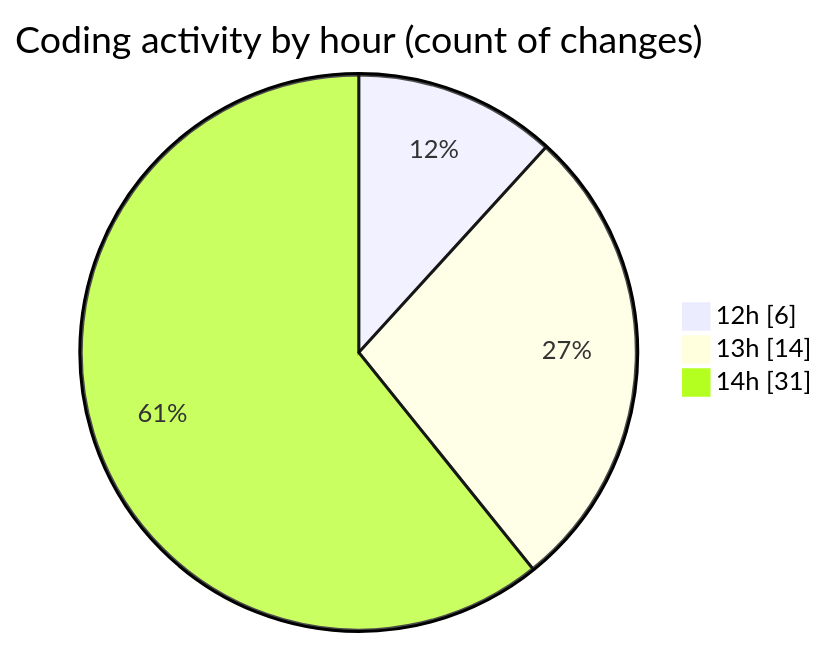
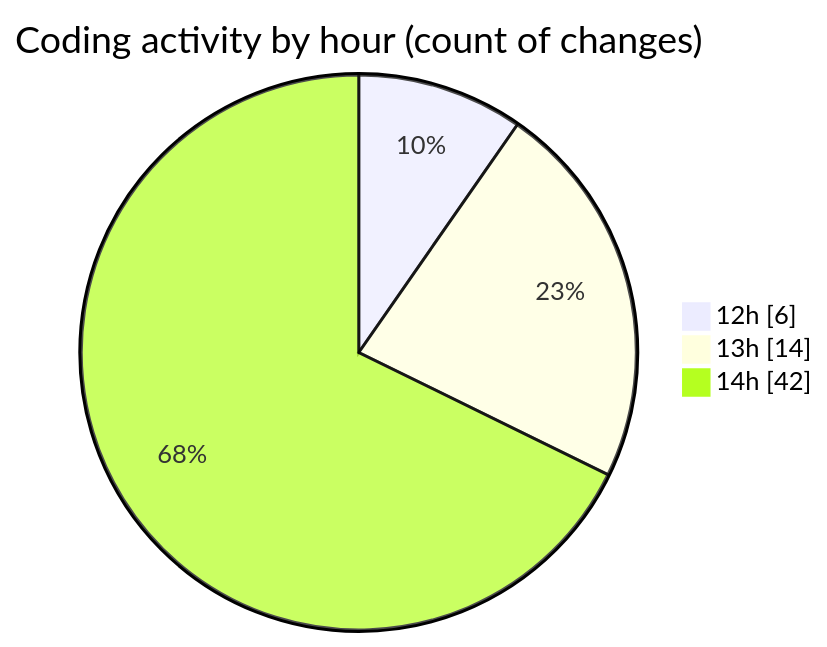
Before and after one commit to momahboobian/code-tracking: the second of 2 diagrams in 2025-02-09/cda/README.md, drawn with Mermaid. The commit also changed other lines of this file and 1 other file, not shown here.

````diff
--- a/2025-02-09/cda/README.md
+++ b/2025-02-09/cda/README.md
@@ -37,7 +38,7 @@
 ```mermaid
 pie showData
 title Coding activity by hour (count of changes)
 "12h" : 6
 "13h" : 14
-"14h" : 31
+"14h" : 42
 ```
````
